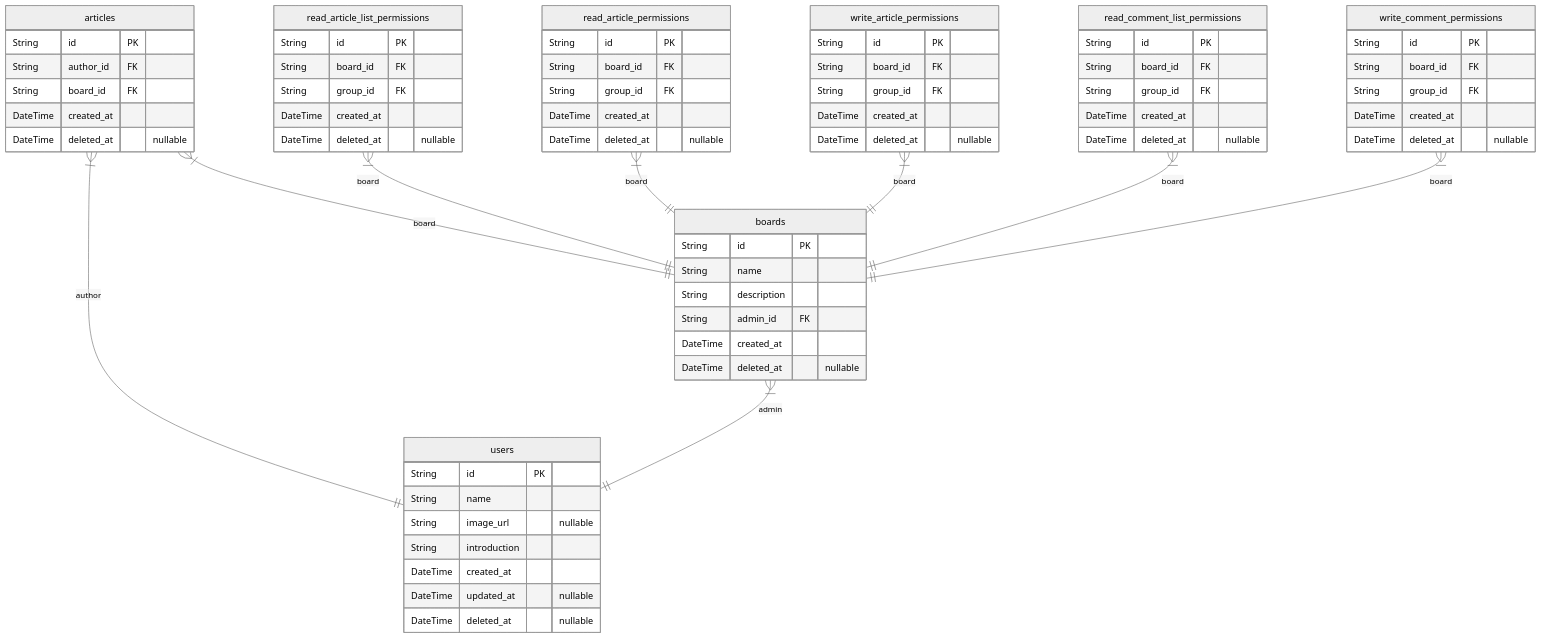
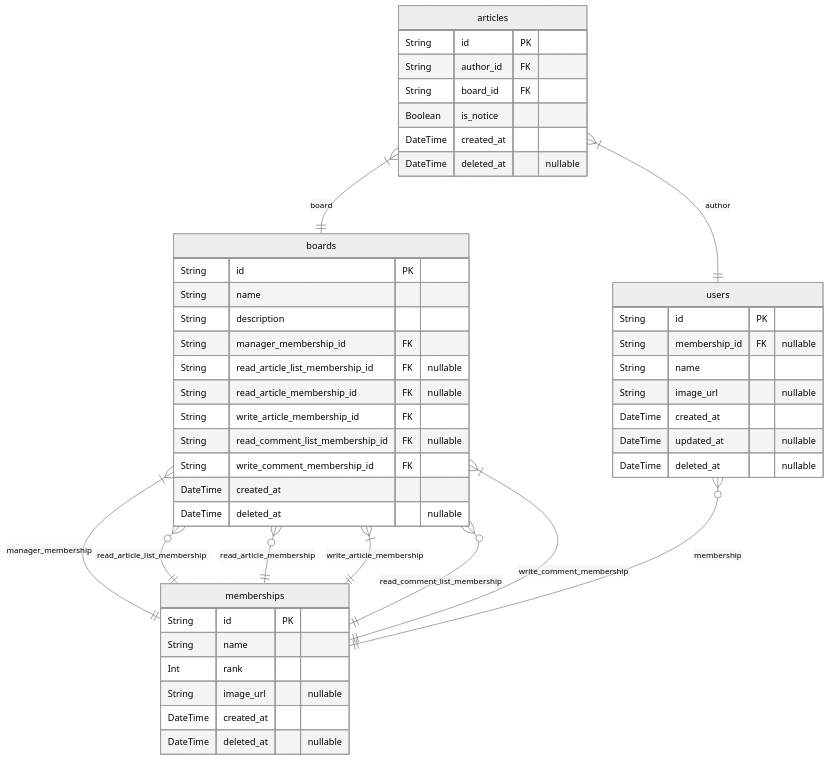
One commit to rojiwon123/bbs changed the second of 5 diagrams in ERD.md. Above: the diagram before and after it, drawn with Mermaid (neutral theme). The commit also changed other lines of this file and 19 other files, not shown here.

````diff
--- a/ERD.md
+++ b/ERD.md
@@ -538,70 +373,50 @@
 ```mermaid
 erDiagram
 articles {
     String id PK
     String author_id FK
     String board_id FK
+    Boolean is_notice
     DateTime created_at
     DateTime deleted_at "nullable"
 }
 boards {
     String id PK
     String name
     String description
-    String admin_id FK
+    String manager_membership_id FK
+    String read_article_list_membership_id FK "nullable"
+    String read_article_membership_id FK "nullable"
+    String write_article_membership_id FK
+    String read_comment_list_membership_id FK "nullable"
+    String write_comment_membership_id FK
     DateTime created_at
     DateTime deleted_at "nullable"
 }
-read_article_list_permissions {
+memberships {
     String id PK
-    String board_id FK
-    String group_id FK
-    DateTime created_at
-    DateTime deleted_at "nullable"
-}
-read_article_permissions {
-    String id PK
-    String board_id FK
-    String group_id FK
-    DateTime created_at
-    DateTime deleted_at "nullable"
-}
-write_article_permissions {
-    String id PK
-    String board_id FK
-    String group_id FK
-    DateTime created_at
-    DateTime deleted_at "nullable"
-}
-read_comment_list_permissions {
-    String id PK
-    String board_id FK
-    String group_id FK
-    DateTime created_at
-    DateTime deleted_at "nullable"
-}
-write_comment_permissions {
-    String id PK
-    String board_id FK
-    String group_id FK
+    String name
+    Int rank
+    String image_url "nullable"
     DateTime created_at
     DateTime deleted_at "nullable"
 }
 users {
     String id PK
+    String membership_id FK "nullable"
     String name
     String image_url "nullable"
-    String introduction
     DateTime created_at
     DateTime updated_at "nullable"
     DateTime deleted_at "nullable"
 }
 articles }|--|| users : author
 articles }|--|| boards : board
-boards }|--|| users : admin
-read_article_list_permissions }|--|| boards : board
-read_article_permissions }|--|| boards : board
-write_article_permissions }|--|| boards : board
-read_comment_list_permissions }|--|| boards : board
-write_comment_permissions }|--|| boards : board
+boards }|--|| memberships : manager_membership
+boards }o--|| memberships : read_article_list_membership
+boards }o--|| memberships : read_article_membership
+boards }|--|| memberships : write_article_membership
+boards }o--|| memberships : read_comment_list_membership
+boards }|--|| memberships : write_comment_membership
+users }o--|| memberships : membership
 ```
````
